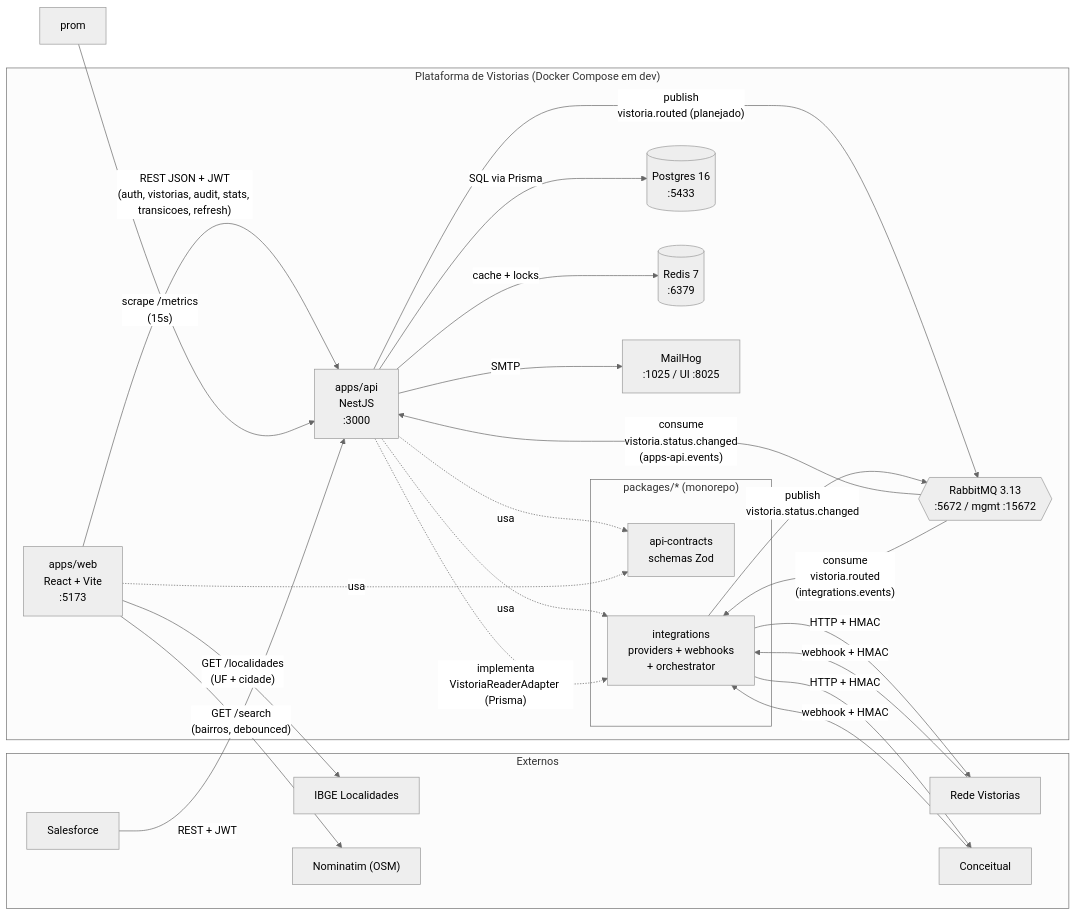
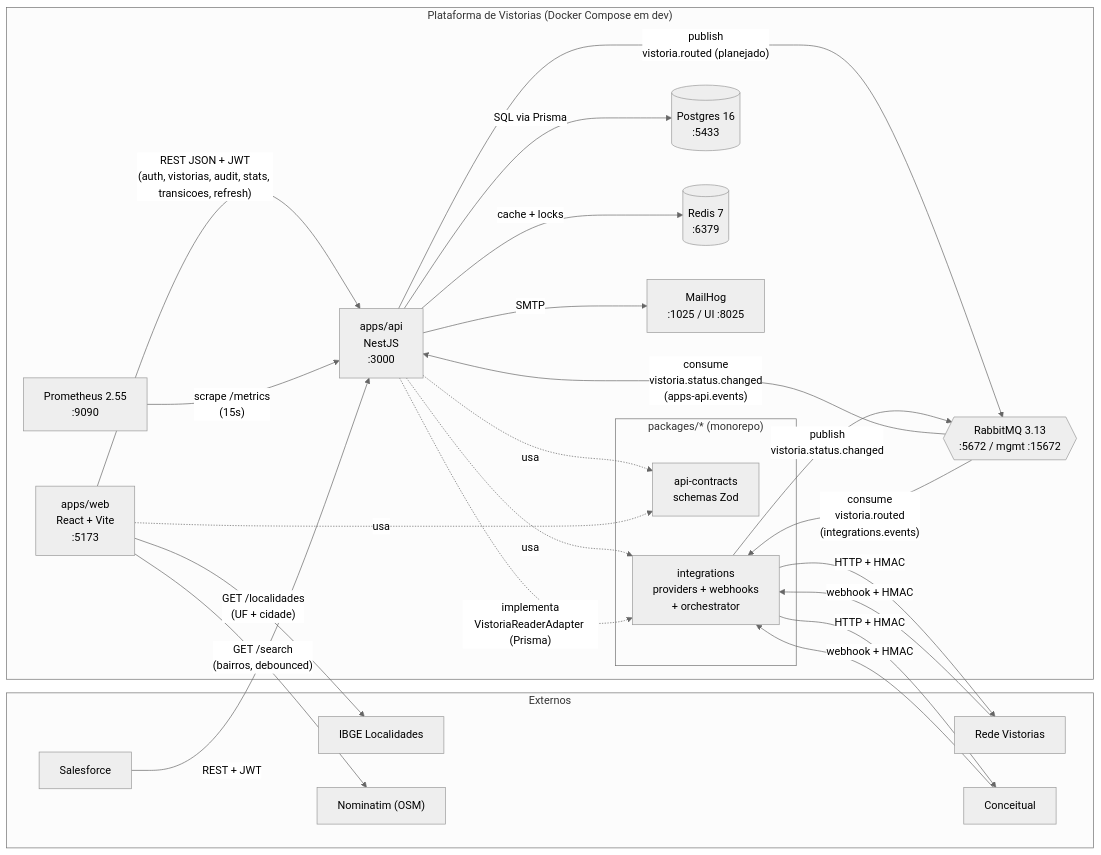
One commit to csantosrss/VistoriaPlatform changed the first of 2 diagrams in docs/architecture/c4-container.md. Above: the diagram before and after it, drawn with Mermaid (neutral theme). The commit also changed other lines of this file, not shown here.

Commit message:
docs(architecture): C4 — declarar prom como nó + linkar ADR-019 [sprint-36-doc]
Polimento do C4 que escapou nos commits do ciclo 36:
- prom (Prometheus 2.55:9090) estava sendo usado em flecha
  "prom -- scrape /metrics --> api" mas não havia declaração como nó
  no subgraph Plataforma. Adicionado.
- Seção "Decisões que justificam o desenho" estava sem o ADR-019
  recém-criado (Nominatim). Adicionado.

````diff
--- a/docs/architecture/c4-container.md
+++ b/docs/architecture/c4-container.md
@@ -7,49 +7,50 @@
 ```mermaid
 flowchart LR
     subgraph Externos
         sf["Salesforce"]
         rv["Rede Vistorias"]
         cc["Conceitual"]
         ibge["IBGE Localidades"]
         nom["Nominatim (OSM)"]
     end
 
     subgraph Plataforma["Plataforma de Vistorias (Docker Compose em dev)"]
         web["apps/web<br/>React + Vite<br/>:5173"]
         api["apps/api<br/>NestJS<br/>:3000"]
 
         subgraph Packages["packages/* (monorepo)"]
             contracts["api-contracts<br/>schemas Zod"]
             integrations["integrations<br/>providers + webhooks<br/>+ orchestrator"]
         end
 
         pg[("Postgres 16<br/>:5433")]
         redis[("Redis 7<br/>:6379")]
         rmq{{"RabbitMQ 3.13<br/>:5672 / mgmt :15672"}}
         mh["MailHog<br/>:1025 / UI :8025"]
+        prom["Prometheus 2.55<br/>:9090"]
     end
 
     web -- "REST JSON + JWT<br/>(auth, vistorias, audit, stats, transicoes, refresh)" --> api
 
     api -.usa.-> contracts
     api -.usa.-> integrations
     web -.usa.-> contracts
 
     api -- "SQL via Prisma" --> pg
     api -- "cache + locks" --> redis
     api -- "publish<br/>vistoria.routed (planejado)" --> rmq
     integrations -- "publish<br/>vistoria.status.changed" --> rmq
     rmq -- "consume<br/>vistoria.status.changed<br/>(apps-api.events)" --> api
     rmq -- "consume<br/>vistoria.routed<br/>(integrations.events)" --> integrations
     api -. "implementa<br/>VistoriaReaderAdapter (Prisma)" .-> integrations
 
     integrations -- "HTTP + HMAC" --> rv
     integrations -- "HTTP + HMAC" --> cc
     sf -- "REST + JWT" --> api
     api -- "SMTP" --> mh
     rv -- "webhook + HMAC" --> integrations
     cc -- "webhook + HMAC" --> integrations
     prom -- "scrape /metrics<br/>(15s)" --> api
     web -- "GET /localidades<br/>(UF + cidade)" --> ibge
     web -- "GET /search<br/>(bairros, debounced)" --> nom
 ```
````
